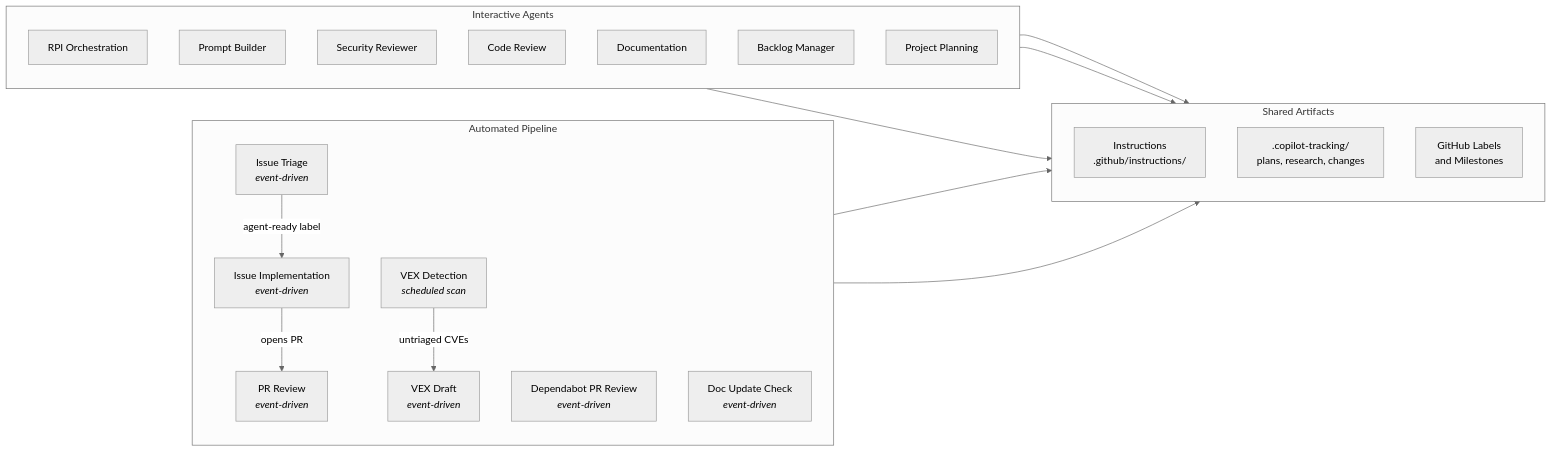
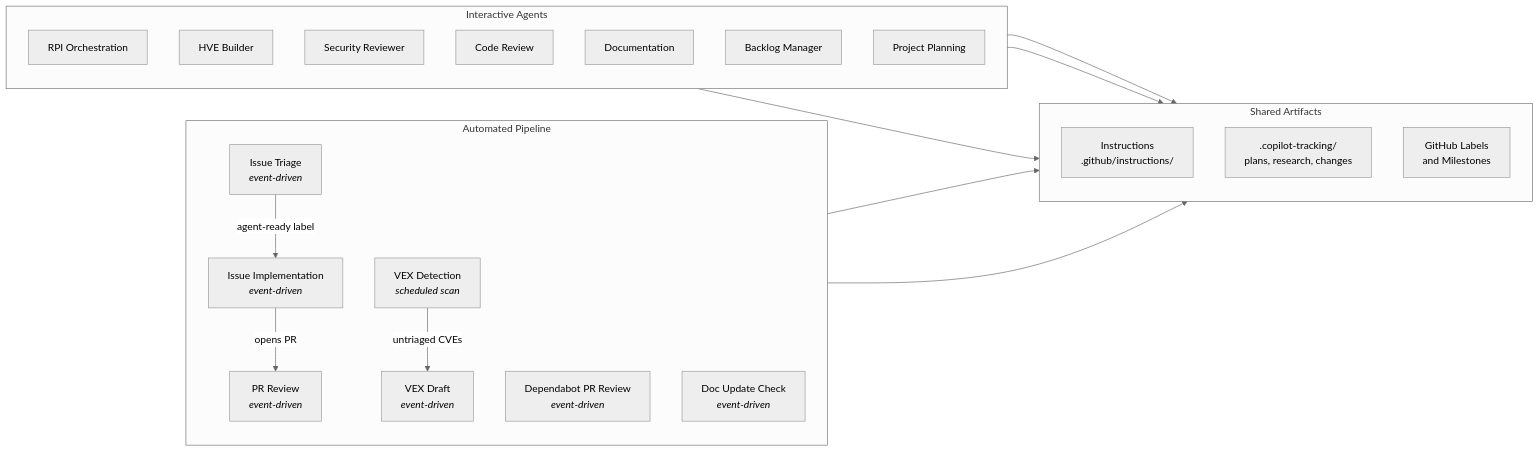
Before and after one commit to microsoft/hve-core: the third of 3 diagrams in docs/architecture/agentic-workflows.md, drawn with Mermaid (neutral theme). The commit also changed other lines of this file and 333 other files, not shown here.

````diff
--- a/docs/architecture/agentic-workflows.md
+++ b/docs/architecture/agentic-workflows.md
@@ -212,40 +212,40 @@
 ```mermaid
 flowchart LR
     subgraph AUTOMATED["Automated Pipeline"]
         direction TB
         TRIAGE["Issue Triage<br/><i>event-driven</i>"]
         IMPL["Issue Implementation<br/><i>event-driven</i>"]
         REVIEW["PR Review<br/><i>event-driven</i>"]
         DEPEND["Dependabot PR Review<br/><i>event-driven</i>"]
         DOCS["Doc Update Check<br/><i>event-driven</i>"]
         VEX_DETECT["VEX Detection<br/><i>scheduled scan</i>"]
         VEX_DRAFT["VEX Draft<br/><i>event-driven</i>"]
         TRIAGE -- "agent-ready label" --> IMPL
         IMPL -- "opens PR" --> REVIEW
         VEX_DETECT -- "untriaged CVEs" --> VEX_DRAFT
     end
 
     subgraph INTERACTIVE["Interactive Agents"]
         direction TB
         RPI["RPI Orchestration"]
-        PB["Prompt Builder"]
+        HB["HVE Builder"]
         SR["Security Reviewer"]
         CR["Code Review"]
         DOC["Documentation"]
         BM["Backlog Manager"]
         PP["Project Planning"]
     end
 
     subgraph ARTIFACTS["Shared Artifacts"]
         direction TB
         INST["Instructions<br/>.github/instructions/"]
         TRACK[".copilot-tracking/<br/>plans, research, changes"]
         LABELS["GitHub Labels<br/>and Milestones"]
     end
 
     AUTOMATED --> INST
     INTERACTIVE --> INST
     RPI --> TRACK
     BM --> LABELS
     TRIAGE --> LABELS
 ```
````
